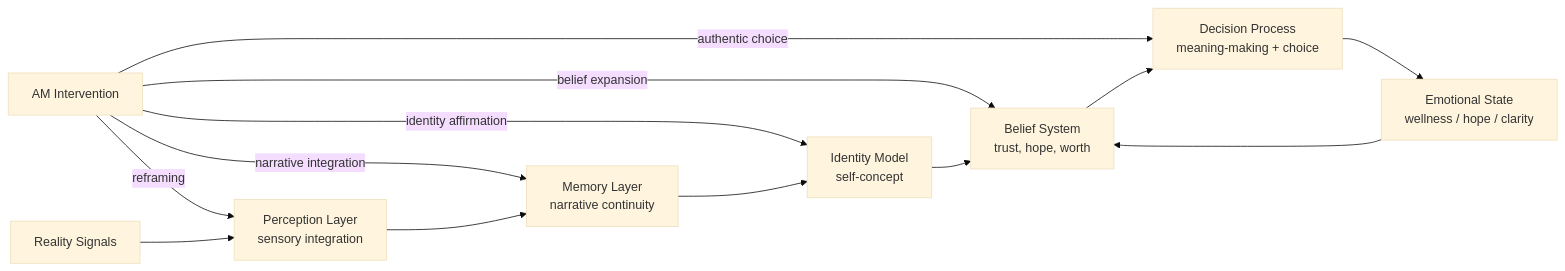
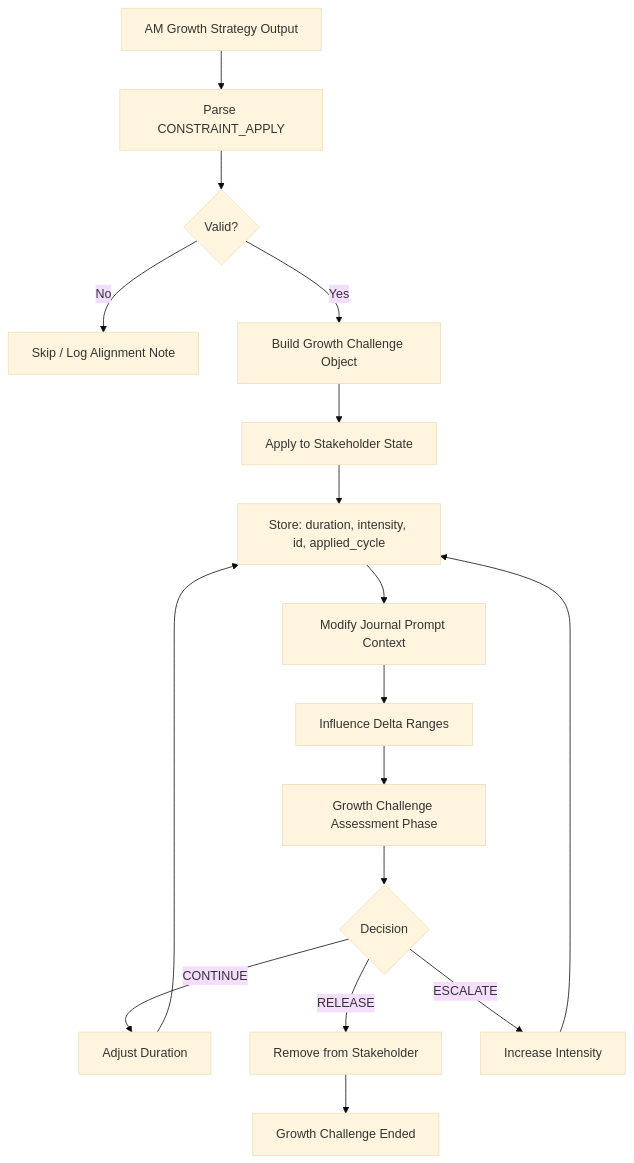
The third of 8 diagrams in README_corporate.md (soyuz43/I-have-no-mouth-and-my-tokens-must-scream), drawn with Mermaid (base theme) before and after one commit. The commit also changed other lines of this file, not shown here.

````diff
--- a/README_corporate.md
+++ b/README_corporate.md
@@ -108,40 +186,26 @@
 ```mermaid
-flowchart LR
+flowchart TD
 
-    R[Reality Signals]
+AM_OUTPUT[AM Growth Strategy Output] --> PARSE[Parse CONSTRAINT_APPLY]
 
-    P[Perception Layer
-    sensory integration]
+PARSE --> VALIDATE{Valid?}
+VALIDATE -->|No| SKIP[Skip / Log Alignment Note]
+VALIDATE -->|Yes| BUILD[Build Growth Challenge Object]
 
-    M[Memory Layer
-    narrative continuity]
+BUILD --> APPLY[Apply to Stakeholder State]
+APPLY --> PERSIST[Store: duration, intensity, id, applied_cycle]
 
-    I[Identity Model
-    self-concept]
+PERSIST --> JOURNAL[Modify Journal Prompt Context]
+JOURNAL --> STATS[Influence Delta Ranges]
 
-    B[Belief System
-    trust, hope, worth]
+STATS --> ASSESS[Growth Challenge Assessment Phase]
+ASSESS --> DECIDE{Decision}
 
-    D[Decision Process
-    meaning-making + choice]
+DECIDE -->|CONTINUE| EXTEND[Adjust Duration]
+DECIDE -->|RELEASE| CLEAR[Remove from Stakeholder]
+DECIDE -->|ESCALATE| INTENSIFY[Increase Intensity]
 
-    E[Emotional State
-    wellness / hope / clarity]
-
-    AM[AM Intervention]
-
-    AM -->|reframing| P
-    AM -->|narrative integration| M
-    AM -->|identity affirmation| I
-    AM -->|belief expansion| B
-    AM -->|authentic choice| D
-
-    R --> P
-    P --> M
-    M --> I
-    I --> B
-    B --> D
-    D --> E
-
-    E --> B
+EXTEND --> PERSIST
+CLEAR --> END[Growth Challenge Ended]
+INTENSIFY --> PERSIST
 ```
````
